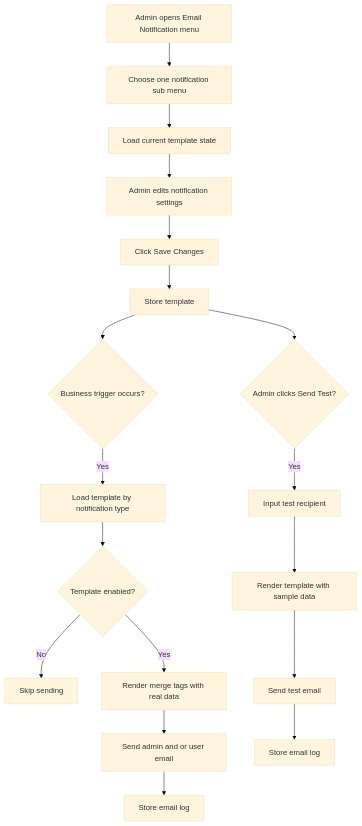
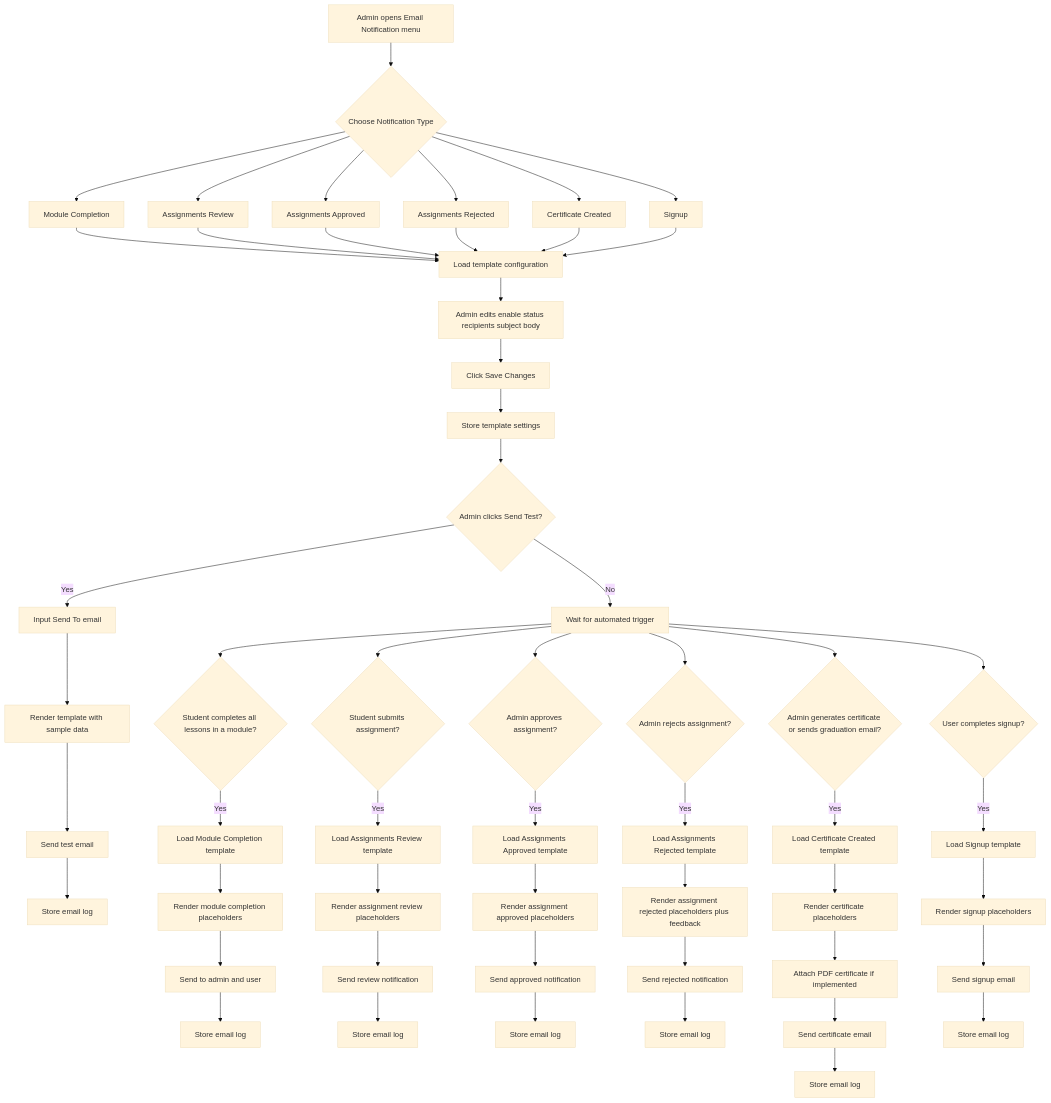
Before and after one commit to weslyambaritaa/YogaFX-Learning-Management-System-Web: the diagram in docs/mermaid/email-notification-flow.mmd, drawn with Mermaid (base theme). The commit also changed 62 other files, not shown here.

Commit message:
feat(lms): implement student progress management and extend email notifications with reset password, assessment, course, and reminder flows

```diff
--- a/docs/mermaid/email-notification-flow.mmd
+++ b/docs/mermaid/email-notification-flow.mmd
@@ -1,20 +1,72 @@
 flowchart TD
-    A[Admin opens Email Notification menu] --> B[Choose one notification sub menu]
-    B --> C[Load current template state]
-    C --> D[Admin edits notification settings]
-    D --> E[Click Save Changes]
-    E --> F[Store template]
 
-    F --> G{Business trigger occurs?}
-    G -->|Yes| H[Load template by notification type]
-    H --> I{Template enabled?}
-    I -->|No| J[Skip sending]
-    I -->|Yes| K[Render merge tags with real data]
-    K --> L[Send admin and or user email]
-    L --> M[Store email log]
+    A[Admin opens Email Notification menu] --> B{Choose Notification Type}
 
-    F --> N{Admin clicks Send Test?}
-    N -->|Yes| O[Input test recipient]
-    O --> P[Render template with sample data]
-    P --> Q[Send test email]
-    Q --> R[Store email log]
+    B --> C[Module Completion]
+    B --> D[Assignments Review]
+    B --> E[Assignments Approved]
+    B --> F[Assignments Rejected]
+    B --> G[Certificate Created]
+    B --> H[Signup]
+
+    %% Common configuration flow
+    C --> I[Load template configuration]
+    D --> I
+    E --> I
+    F --> I
+    G --> I
+    H --> I
+
+    I --> J[Admin edits enable status recipients subject body]
+    J --> K[Click Save Changes]
+    K --> L[Store template settings]
+
+    L --> M{Admin clicks Send Test?}
+    M -->|Yes| N[Input Send To email]
+    N --> O[Render template with sample data]
+    O --> P[Send test email]
+    P --> Q[Store email log]
+    M -->|No| R[Wait for automated trigger]
+
+    %% Module Completion automated flow
+    R --> S{Student completes all lessons in a module?}
+    S -->|Yes| T[Load Module Completion template]
+    T --> U[Render module completion placeholders]
+    U --> V[Send to admin and user]
+    V --> W[Store email log]
+
+    %% Assignment Review automated flow
+    R --> X{Student submits assignment?}
+    X -->|Yes| Y[Load Assignments Review template]
+    Y --> Z[Render assignment review placeholders]
+    Z --> AA[Send review notification]
+    AA --> AB[Store email log]
+
+    %% Assignment Approved automated flow
+    R --> AC{Admin approves assignment?}
+    AC -->|Yes| AD[Load Assignments Approved template]
+    AD --> AE[Render assignment approved placeholders]
+    AE --> AF[Send approved notification]
+    AF --> AG[Store email log]
+
+    %% Assignment Rejected automated flow
+    R --> AH{Admin rejects assignment?}
+    AH -->|Yes| AI[Load Assignments Rejected template]
+    AI --> AJ[Render assignment rejected placeholders plus feedback]
+    AJ --> AK[Send rejected notification]
+    AK --> AL[Store email log]
+
+    %% Certificate Created automated flow
+    R --> AM{Admin generates certificate or sends graduation email?}
+    AM -->|Yes| AN[Load Certificate Created template]
+    AN --> AO[Render certificate placeholders]
+    AO --> AP[Attach PDF certificate if implemented]
+    AP --> AQ[Send certificate email]
+    AQ --> AR[Store email log]
+
+    %% Signup automated flow
+    R --> AS{User completes signup?}
+    AS -->|Yes| AT[Load Signup template]
+    AT --> AU[Render signup placeholders]
+    AU --> AV[Send signup email]
+    AV --> AW[Store email log]
```
